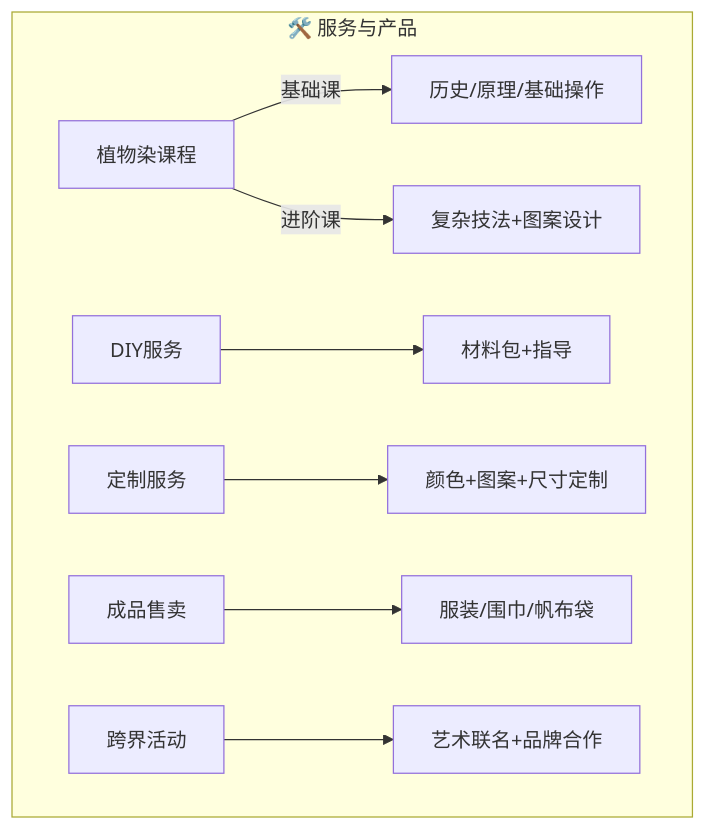
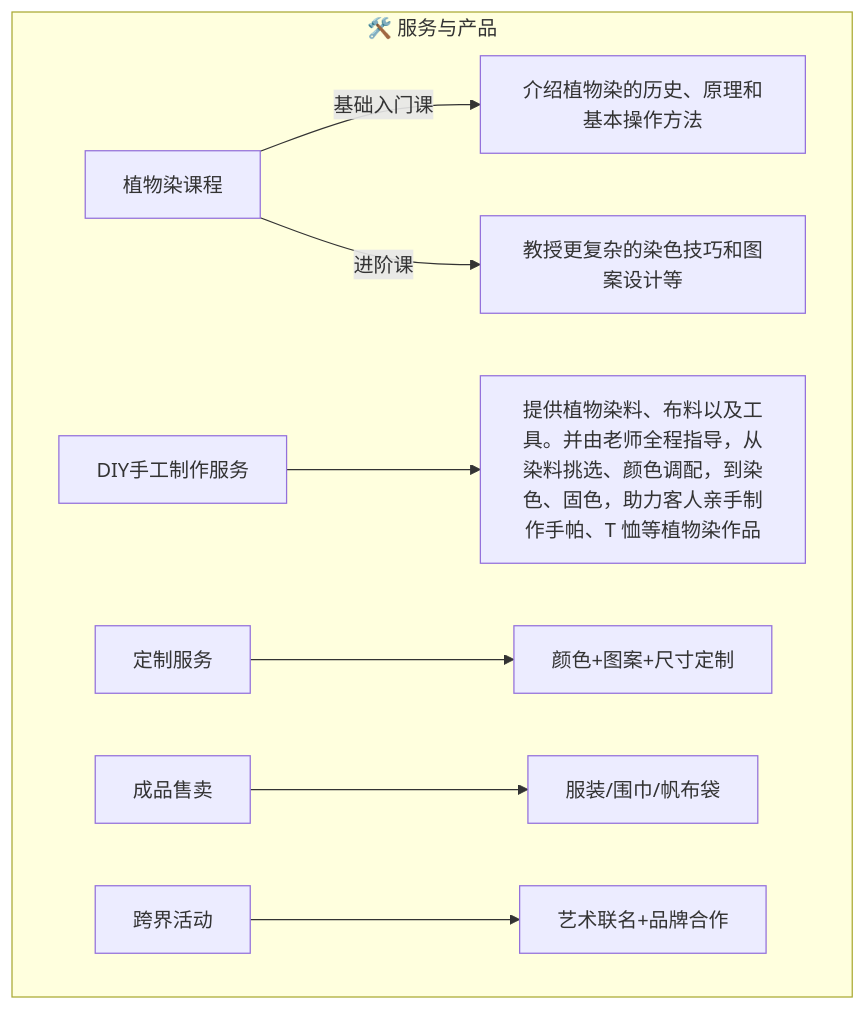
Before and after one commit to NaturalRice/git-demo: the first of 3 diagrams in README.md, drawn with Mermaid.

````diff
--- a/README.md
+++ b/README.md
@@ -4,11 +4,11 @@
 ```mermaid
 flowchart TD
     subgraph 产品服务["🛠️ 服务与产品"]
-        A[植物染课程] --> |基础课| A1["历史/原理/基础操作"]
-        A --> |进阶课| A2["复杂技法+图案设计"]
-        B[DIY服务] --> B1["材料包+指导"]
+        A[植物染课程] --> |基础入门课| A1["介绍植物染的历史、原理和基本操作方法"]
+        A --> |进阶课| A2["教授更复杂的染色技巧和图案设计等"]
+        B[DIY手工制作服务] --> B1["提供植物染料、布料以及工具。并由老师全程指导，从染料挑选、颜色调配，到染色、固色，助力客人亲手制作手帕、T 恤等植物染作品"]
         C[定制服务] --> C1["颜色+图案+尺寸定制"]
         D[成品售卖] --> D1["服装/围巾/帆布袋"]
         E[跨界活动] --> E1["艺术联名+品牌合作"]
     end
 ```
````
